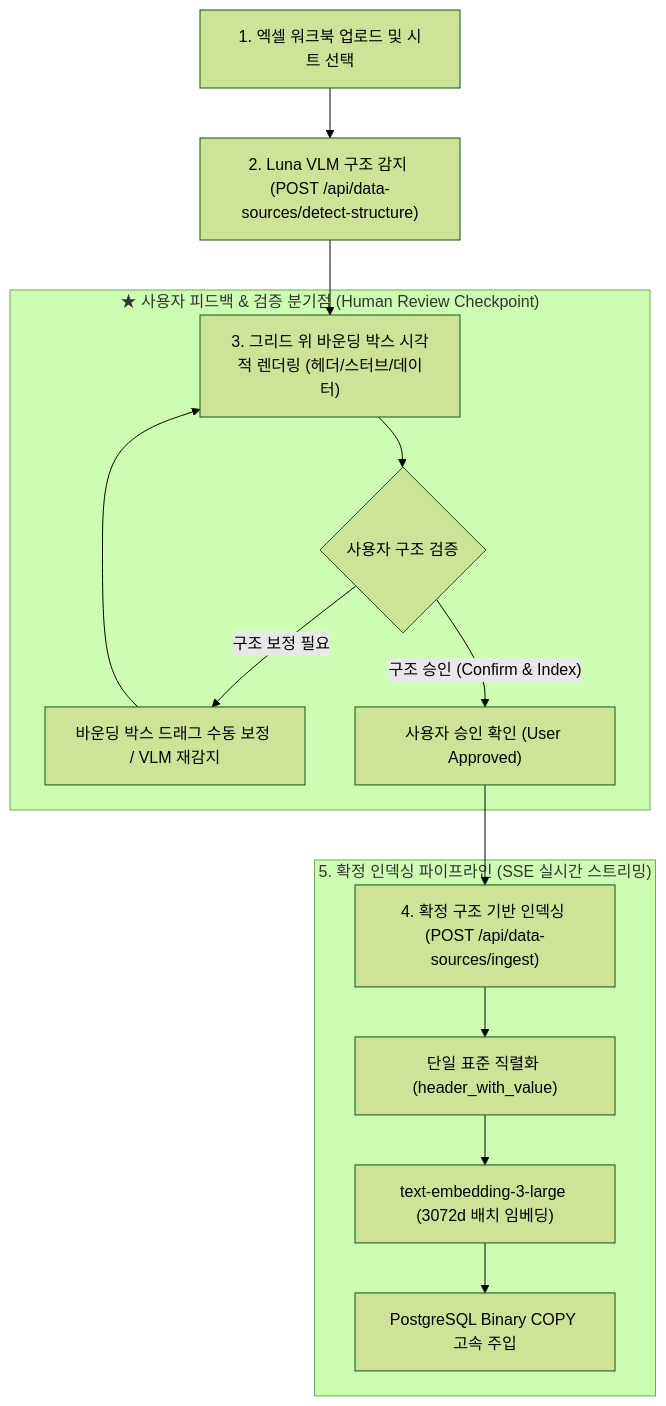
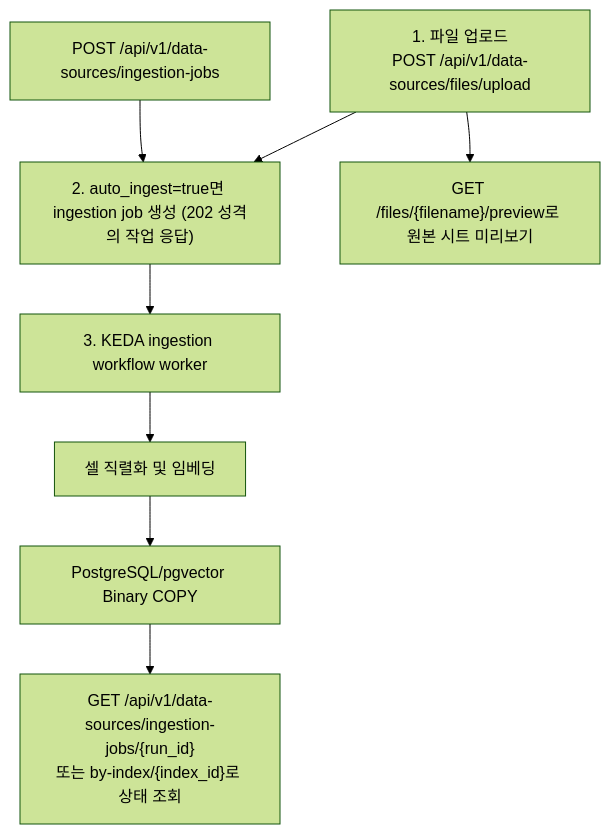
Before and after one commit to bist-mini-final/bist-mini-final: the fourth of 4 diagrams in docs/blueprints/04_workspace_blueprints/BP-402_ws_data_sources_management.md, drawn with Mermaid (forest theme). The commit also changed other lines of this file and 138 other files, not shown here.

````diff
--- a/docs/blueprints/04_workspace_blueprints/BP-402_ws_data_sources_management.md
+++ b/docs/blueprints/04_workspace_blueprints/BP-402_ws_data_sources_management.md
@@ -102,20 +102,10 @@
 ```mermaid
 flowchart TD
-    UPLOAD["1. 엑셀 워크북 업로드 및 시트 선택"] --> DETECT["2. Luna VLM 구조 감지 (POST /api/data-sources/detect-structure)"]
-    DETECT --> OVERLAY["3. 그리드 위 바운딩 박스 시각적 렌더링 (헤더/스터브/데이터)"]
-    
-    subgraph ReviewCheckpoint ["★ 사용자 피드백 & 검증 분기점 (Human Review Checkpoint)"]
-        OVERLAY --> USER_DECISION{"사용자 구조 검증"}
-        USER_DECISION -- "구조 보정 필요" --> EDIT["바운딩 박스 드래그 수동 보정 / VLM 재감지"]
-        EDIT --> OVERLAY
-        USER_DECISION -- "구조 승인 (Confirm & Index)" --> PROCEED["사용자 승인 확인 (User Approved)"]
-    end
-
-    PROCEED --> INGEST["4. 확정 구조 기반 인덱싱 (POST /api/data-sources/ingest)"]
-    
-    subgraph IndexingPipeline ["5. 확정 인덱싱 파이프라인 (SSE 실시간 스트리밍)"]
-        INGEST --> SERIAL["단일 표준 직렬화 (header_with_value)"]
-        SERIAL --> EMBED["text-embedding-3-large (3072d 배치 임베딩)"]
-        EMBED --> COPY["PostgreSQL Binary COPY 고속 주입"]
-    end
+    UPLOAD["1. 파일 업로드<br>POST /api/v1/data-sources/files/upload"] --> QUEUE["2. auto_ingest=true면 ingestion job 생성 (202 성격의 작업 응답)"]
+    MANUAL["POST /api/v1/data-sources/ingestion-jobs"] --> QUEUE
+    QUEUE --> WORKER["3. KEDA ingestion workflow worker"]
+    WORKER --> SERIAL["셀 직렬화 및 임베딩"]
+    SERIAL --> COPY["PostgreSQL/pgvector Binary COPY"]
+    COPY --> STATUS["GET /api/v1/data-sources/ingestion-jobs/{run_id}<br>또는 by-index/{index_id}로 상태 조회"]
+    UPLOAD --> PREVIEW["GET /files/{filename}/preview로 원본 시트 미리보기"]
 ```
````
